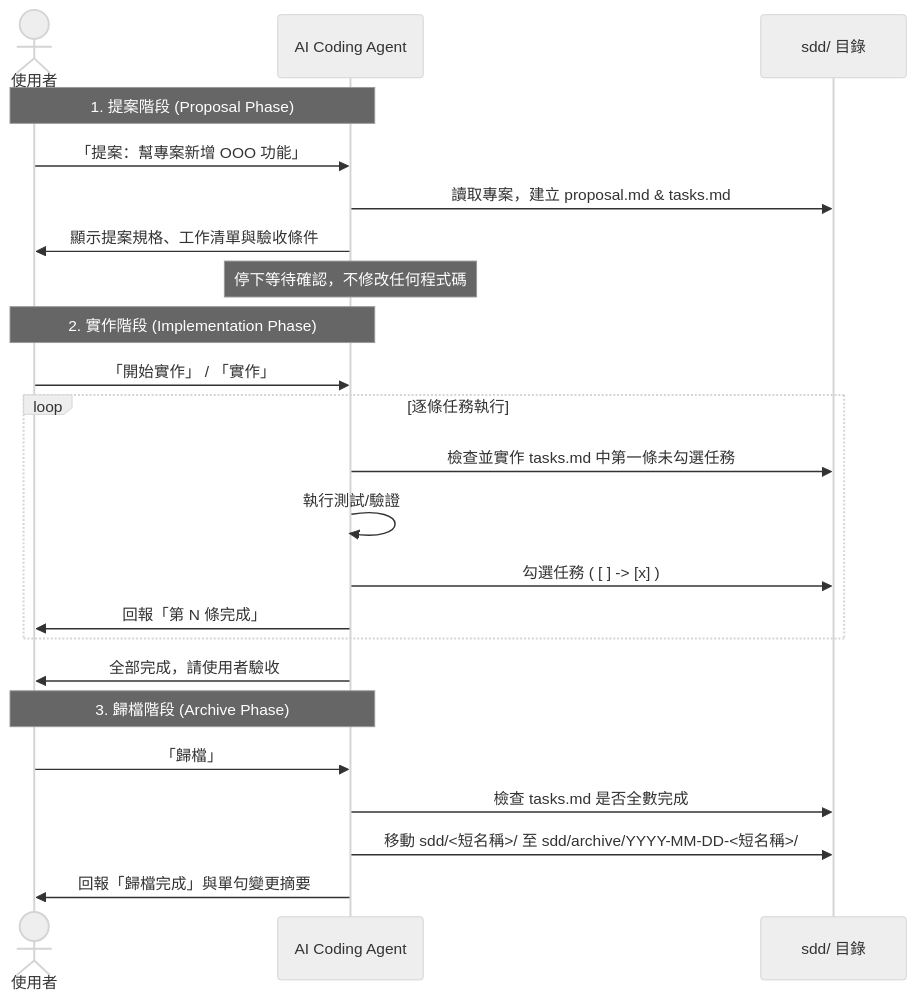
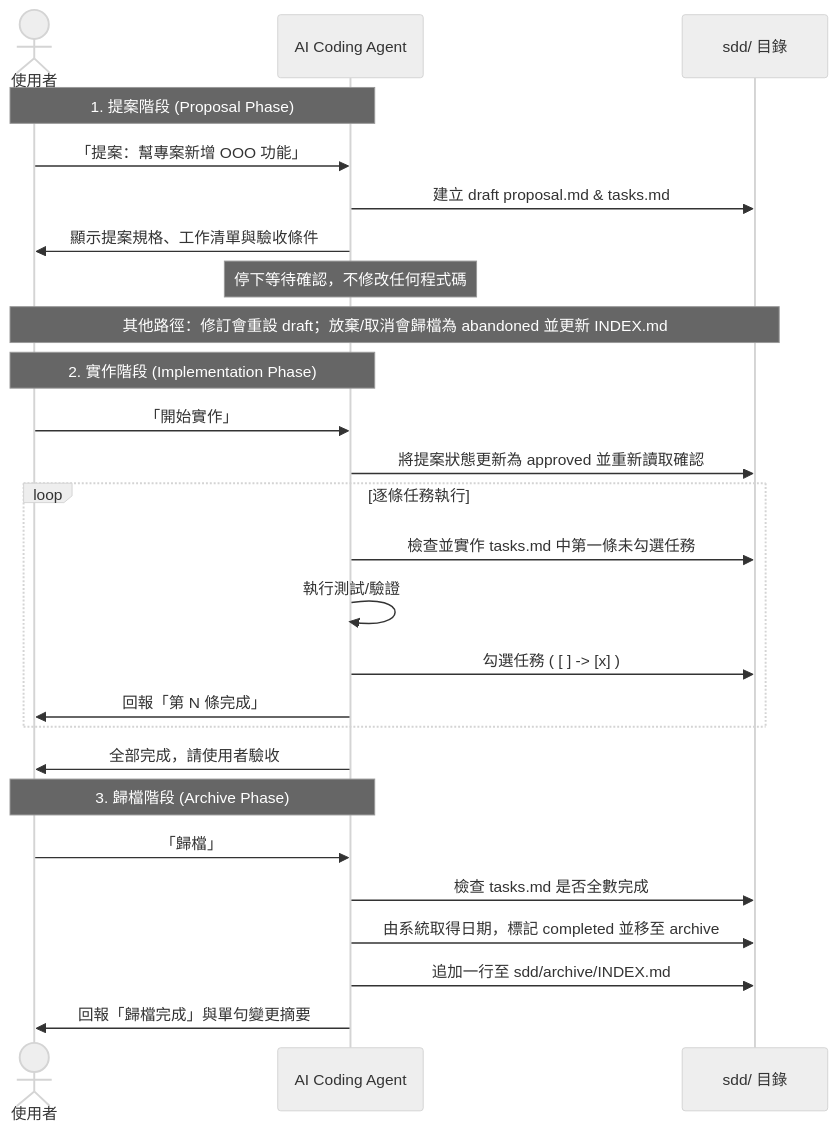
Before and after one commit to kurotanshi/sdd-workflow: the diagram in README.md, drawn with Mermaid (neutral theme). The commit also changed other lines of this file and 6 other files, not shown here.

````diff
--- a/README.md
+++ b/README.md
@@ -21,28 +22,31 @@
 ```mermaid
 sequenceDiagram
     actor User as 使用者
     participant Agent as AI Coding Agent
     participant Files as sdd/ 目錄
 
     Note over User, Agent: 1. 提案階段 (Proposal Phase)
     User->>Agent: 「提案：幫專案新增 OOO 功能」
-    Agent->>Files: 讀取專案，建立 proposal.md & tasks.md
+    Agent->>Files: 建立 draft proposal.md & tasks.md
     Agent->>User: 顯示提案規格、工作清單與驗收條件
     Note over Agent: 停下等待確認，不修改任何程式碼
+    Note over User, Files: 其他路徑：修訂會重設 draft；放棄/取消會歸檔為 abandoned 並更新 INDEX.md
 
     Note over User, Agent: 2. 實作階段 (Implementation Phase)
-    User->>Agent: 「開始實作」 / 「實作」
+    User->>Agent: 「開始實作」
+    Agent->>Files: 將提案狀態更新為 approved 並重新讀取確認
     loop 逐條任務執行
         Agent->>Files: 檢查並實作 tasks.md 中第一條未勾選任務
         Agent->>Agent: 執行測試/驗證
         Agent->>Files: 勾選任務 ( [ ] -> [x] )
         Agent->>User: 回報「第 N 條完成」
     end
     Agent->>User: 全部完成，請使用者驗收
 
     Note over User, Agent: 3. 歸檔階段 (Archive Phase)
     User->>Agent: 「歸檔」
     Agent->>Files: 檢查 tasks.md 是否全數完成
-    Agent->>Files: 移動 sdd/<短名稱>/ 至 sdd/archive/YYYY-MM-DD-<短名稱>/
+    Agent->>Files: 由系統取得日期，標記 completed 並移至 archive
+    Agent->>Files: 追加一行至 sdd/archive/INDEX.md
     Agent->>User: 回報「歸檔完成」與單句變更摘要
 ```
````
